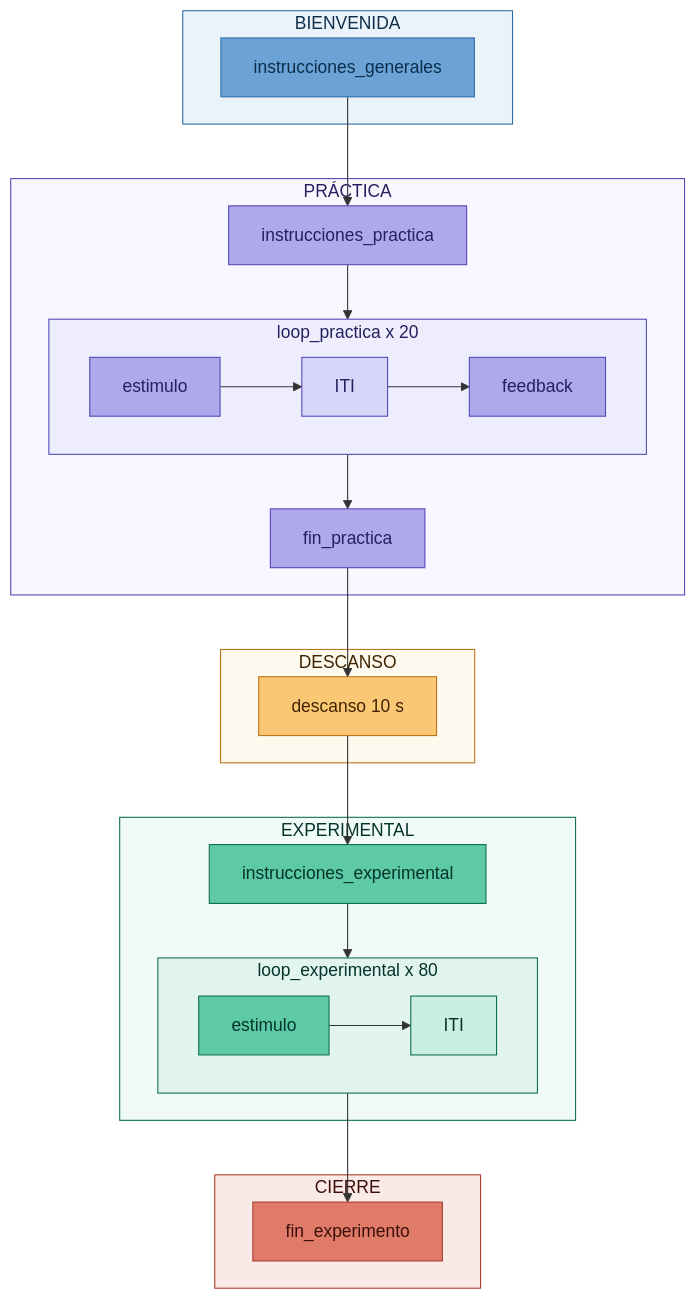
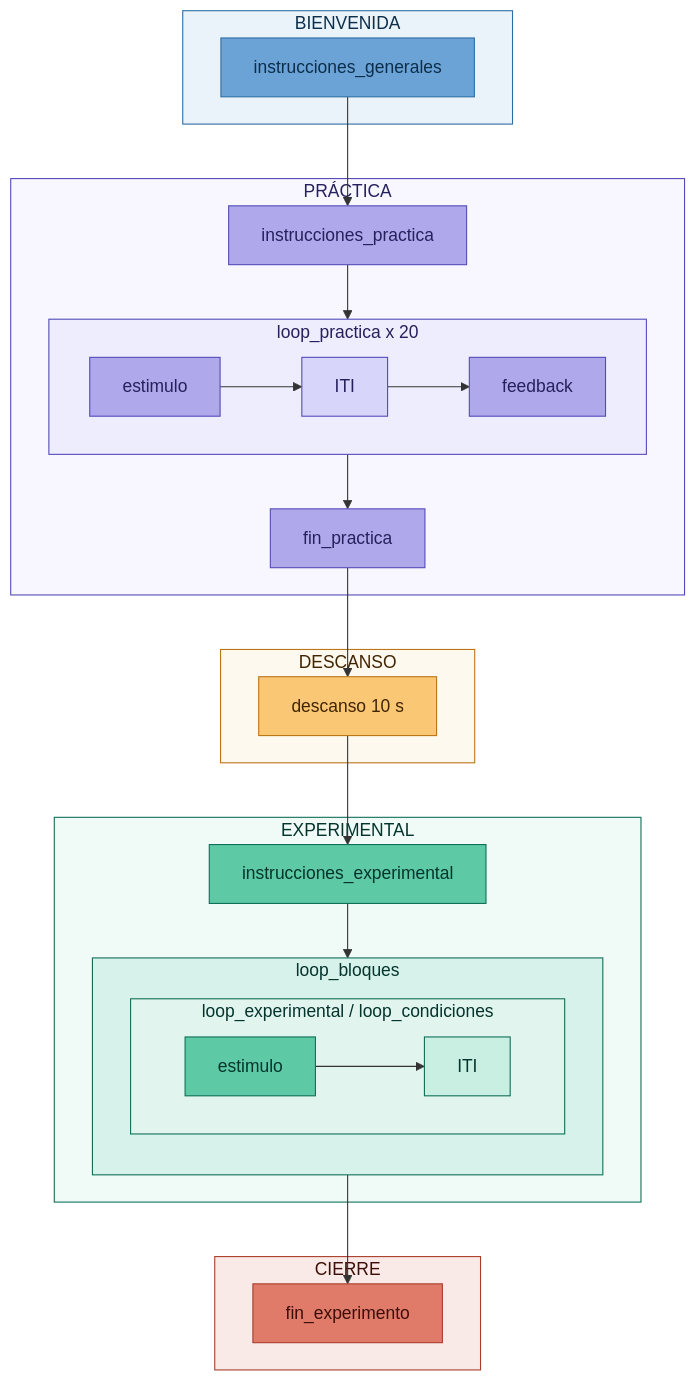
One commit to mlandaf/solucion_taller_4 changed the diagram in readme.md. Above: the diagram before and after it, drawn with Mermaid. The commit also changed other lines of this file and 6 other files, not shown here.

````diff
--- a/readme.md
+++ b/readme.md
@@ -78,58 +91,62 @@
 ```mermaid
 flowchart TD
     subgraph SB[BIENVENIDA]
         A[instrucciones_generales]
     end
 
     subgraph SP[PRÁCTICA]
         B[instrucciones_practica]
         B --> LP
         subgraph LP["loop_practica x 20"]
             P1[estimulo] --> PITI[ITI] --> P2[feedback]
         end
         LP --> C[fin_practica]
     end
 
     subgraph SD[DESCANSO]
         D[descanso 10 s]
     end
 
     subgraph SE[EXPERIMENTAL]
         E[instrucciones_experimental]
-        E --> LE
-        subgraph LE["loop_experimental x 80"]
-            E1[estimulo] --> EITI[ITI]
+        E --> LB
+        subgraph LB["loop_bloques"]
+            direction TB
+            subgraph LE["loop_experimental / loop_condiciones"]
+                E1[estimulo] --> EITI[ITI]
+            end
         end
     end
 
     subgraph SC[CIERRE]
         F[fin_experimento]
     end
 
     A --> B
     C --> D
     D --> E
-    LE --> F
+    LB --> F
 
     style A    fill:#6BA3D6,stroke:#2E6DA4,color:#0D2E4A
     style F    fill:#E07B6A,stroke:#A83D2B,color:#3D0E07
     style D    fill:#FAC775,stroke:#BA7517,color:#412402
 
     style B    fill:#AFA9EC,stroke:#534AB7,color:#26215C
     style C    fill:#AFA9EC,stroke:#534AB7,color:#26215C
     style P1   fill:#AFA9EC,stroke:#534AB7,color:#26215C
     style PITI fill:#D8D5FA,stroke:#534AB7,color:#26215C
     style P2   fill:#AFA9EC,stroke:#534AB7,color:#26215C
     style LP   fill:#EEEDFE,stroke:#534AB7,color:#26215C
 
     style E    fill:#5DCAA5,stroke:#0F6E56,color:#04342C
     style E1   fill:#5DCAA5,stroke:#0F6E56,color:#04342C
     style EITI fill:#C9EFE3,stroke:#0F6E56,color:#04342C
     style LE   fill:#E1F5EE,stroke:#0F6E56,color:#04342C
+    style LB   fill:#D7F2EA,stroke:#0F6E56,color:#04342C
 
     style SB   fill:#EBF3FA,stroke:#2E6DA4,color:#0D2E4A
     style SP   fill:#F8F7FF,stroke:#534AB7,color:#26215C
     style SD   fill:#FEF9EE,stroke:#BA7517,color:#412402
     style SE   fill:#F0FAF6,stroke:#0F6E56,color:#04342C
     style SC   fill:#FAEAE7,stroke:#A83D2B,color:#3D0E07
 ```
````
